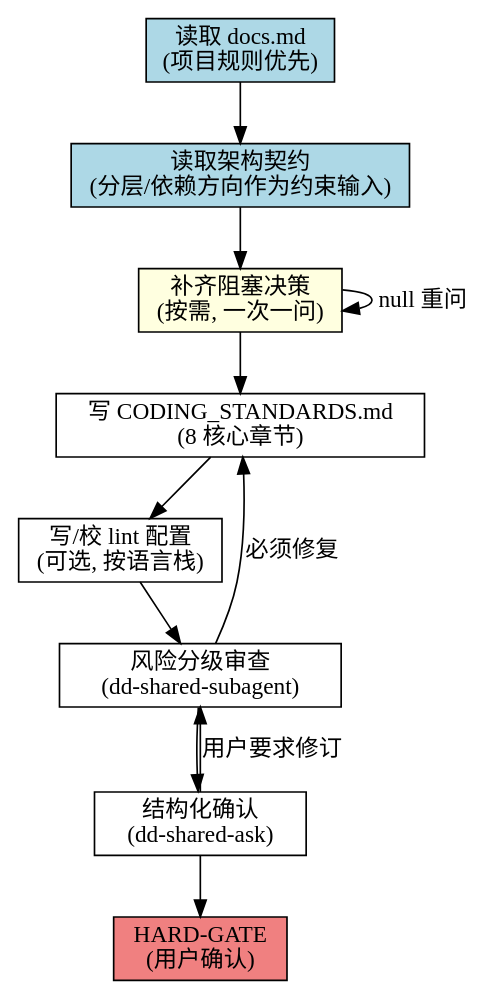
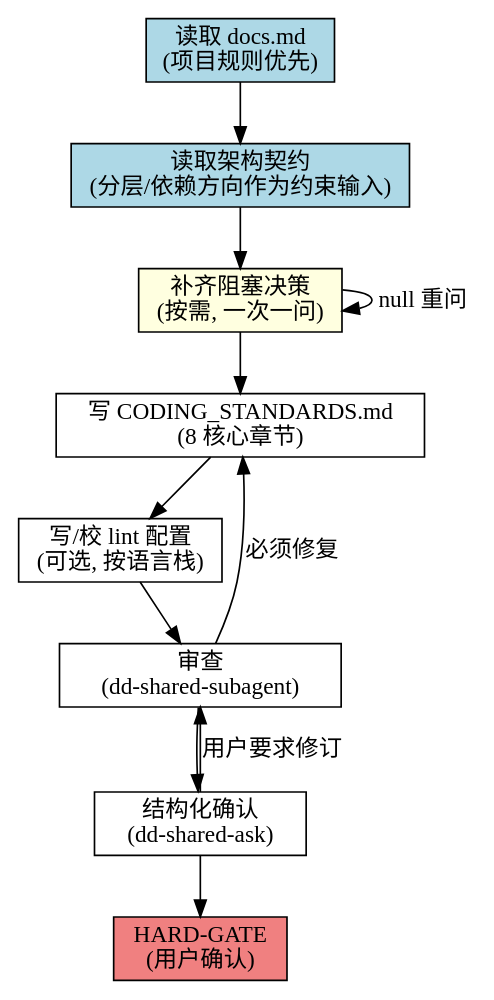
One commit to marcocpt/trae_skills changed the second of 3 diagrams in dd-write-coding-standards/SKILL.md. Above: the diagram before and after it, drawn with Graphviz. The commit also changed other lines of this file and 20 other files, not shown here.

````diff
--- a/dd-write-coding-standards/SKILL.md
+++ b/dd-write-coding-standards/SKILL.md
@@ -131,19 +131,19 @@
 ```dot
 digraph coding_standards_flow {
     rankdir=TB;
     node [shape=box];
     read_docs [label="读取 docs.md\n(项目规则优先)", shape=box, style=filled, fillcolor=lightblue];
     read_arch [label="读取架构契约\n(分层/依赖方向作为约束输入)", shape=box, style=filled, fillcolor=lightblue];
     grill [label="补齐阻塞决策\n(按需, 一次一问)", shape=box, style=filled, fillcolor=lightyellow];
     write_core [label="写 CODING_STANDARDS.md\n(8 核心章节)"];
     write_lint [label="写/校 lint 配置\n(可选, 按语言栈)"];
-    review [label="风险分级审查\n(dd-shared-subagent)"];
+    review [label="审查\n(dd-shared-subagent)"];
     ask [label="结构化确认\n(dd-shared-ask)"];
     gate [label="HARD-GATE\n(用户确认)", shape=box, style=filled, fillcolor=lightcoral];
 
     read_docs -> read_arch -> grill -> write_core -> write_lint -> review -> ask -> gate;
     grill -> grill [label="null 重问"];
     review -> write_core [label="必须修复"];
     ask -> review [label="用户要求修订"];
 }
 ```
````
